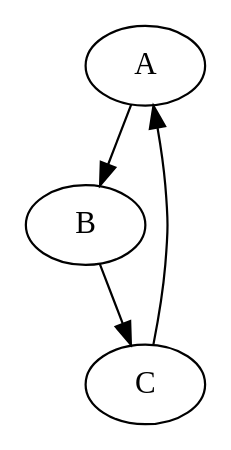
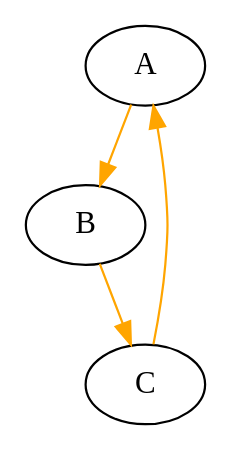
One commit to DhruvDh/itsc-2214-readings changed the fifth of 24 diagrams in 21_graphs.qmd. Above: the diagram before and after it, drawn with Graphviz. The commit also changed other lines of this file and 18 other files, not shown here.

Commit message:
improved graphs chapter

````diff
--- a/21_graphs.qmd
+++ b/21_graphs.qmd
@@ -92,9 +129,10 @@
 ```{dot}
 //| label: fig-directed-vs-undirected-2
-//| fig-cap: Example of a directed graph.
+//| fig-cap: Example of a directed graph. The arrowheads (highlighted in orange) demonstrate the direction of the relationships between vertices A, B, and C.
 digraph G {
+  edge [color=orange];
   A -> B;
   B -> C;
   C -> A;
 }
 ```
````
